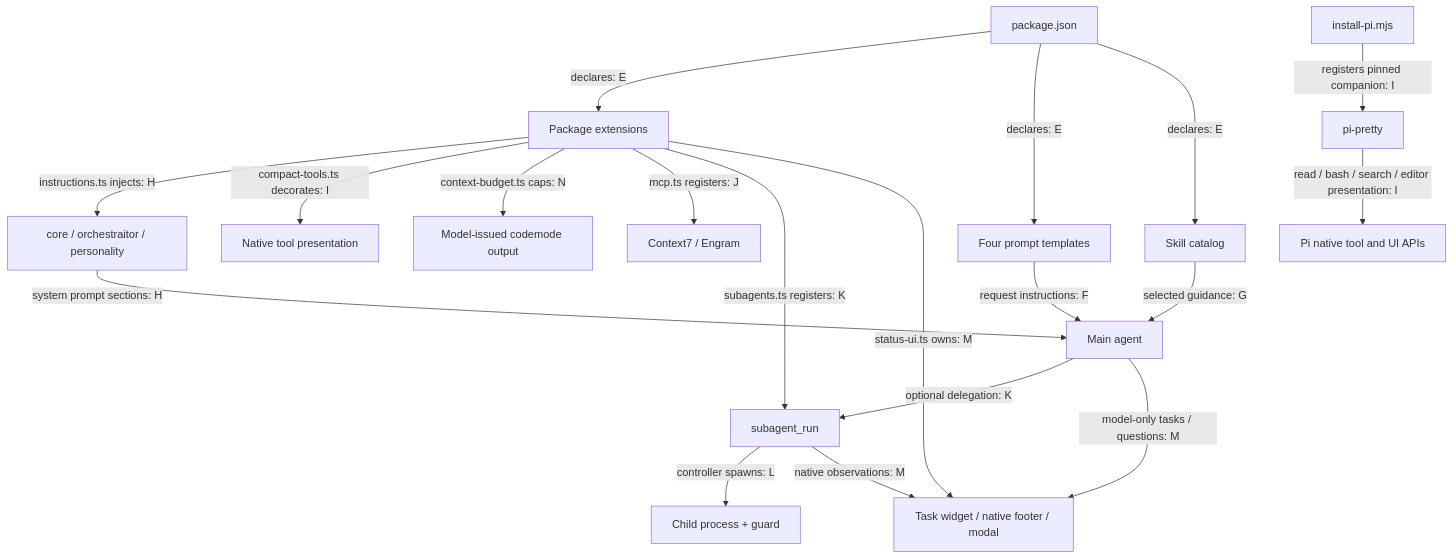
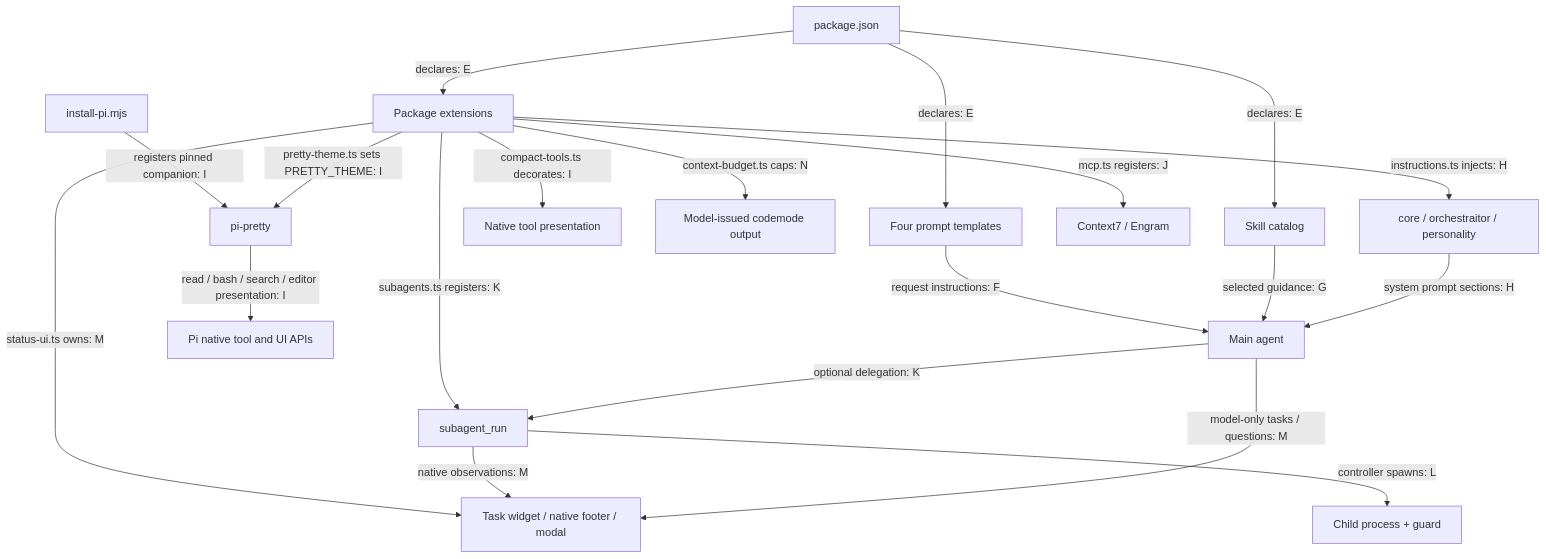
The second of 2 diagrams in docs/architecture/index.md (andresnator/pi-orchestraitor), drawn with Mermaid before and after one commit. The commit also changed other lines of this file and 13 other files, not shown here.

First line of the commit message:
fix(pretty): resolve the highlight theme at startup instead of pinning it

````diff
--- a/docs/architecture/index.md
+++ b/docs/architecture/index.md
@@ -37,21 +37,22 @@
 ```mermaid
 flowchart TB
   M[package.json] -->|declares: E| X[Package extensions]
   M -->|declares: E| P[Four prompt templates]
   M -->|declares: E| S[Skill catalog]
   P -->|request instructions: F| A[Main agent]
   S -->|selected guidance: G| A
   X -->|instructions.ts injects: H| I[core / orchestraitor / personality]
   I -->|system prompt sections: H| A
   X -->|compact-tools.ts decorates: I| T[Native tool presentation]
   X -->|context-budget.ts caps: N| CB[Model-issued codemode output]
   INS[install-pi.mjs] -->|registers pinned companion: I| PP[pi-pretty]
+  X -->|pretty-theme.ts sets PRETTY_THEME: I| PP
   PP -->|read / bash / search / editor presentation: I| PUI[Pi native tool and UI APIs]
   X -->|mcp.ts registers: J| MCP[Context7 / Engram]
   X -->|subagents.ts registers: K| SR[subagent_run]
   A -->|optional delegation: K| SR
   SR -->|controller spawns: L| CH[Child process + guard]
   X -->|status-ui.ts owns: M| UI[Task widget / native footer / modal]
   SR -->|native observations: M| UI
   A -->|model-only tasks / questions: M| UI
 ```
````
